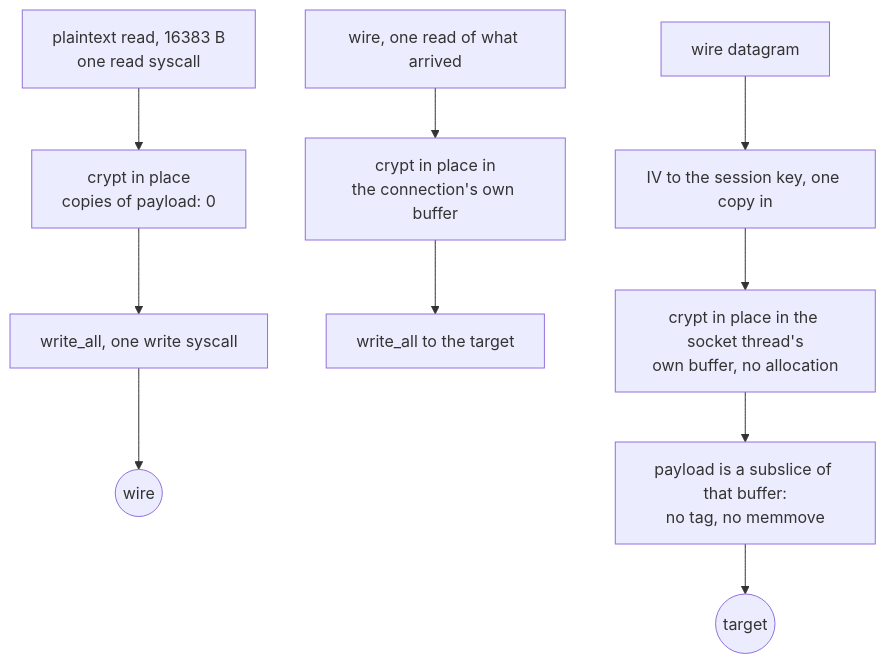
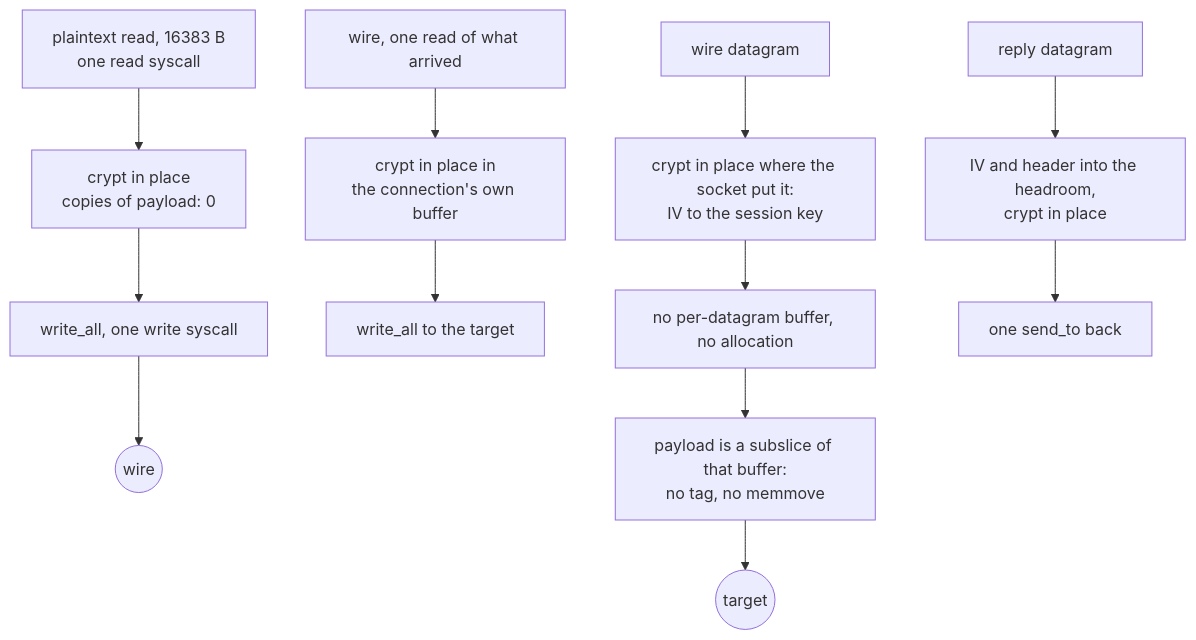
The second of 2 diagrams in docs/function/shadowsocks.md (Ferrocite/ferrox), drawn with Mermaid before and after one commit. The commit also changed other lines of this file and 5 other files, not shown here.

Commit message:
shadowsocks: seal and open datagrams in the caller's buffer, so UDP pays one buffer, no memmove and no zero fill (P3 table A row 7)

````diff
--- a/docs/function/shadowsocks.md
+++ b/docs/function/shadowsocks.md
@@ -52,12 +55,14 @@
 ```mermaid
 graph TD
     A["plaintext read, 16383 B<br/>one read syscall"] --> B["crypt in place<br/>copies of payload: 0"]
     B --> C["write_all, one write syscall"]
     C --> D(("wire"))
     E["wire, one read of what arrived"] --> F["crypt in place in<br/>the connection's own buffer"]
     F --> G["write_all to the target"]
-    H["wire datagram"] --> I["IV to the session key, one copy in"]
-    I --> J["crypt in place in the socket thread's<br/>own buffer, no allocation"]
+    H["wire datagram"] --> I["crypt in place where the socket put it:<br/>IV to the session key"]
+    I --> J["no per-datagram buffer, no allocation"]
     J --> K["payload is a subslice of that buffer:<br/>no tag, no memmove"]
     K --> L(("target"))
+    M["reply datagram"] --> N["IV and header into the headroom,<br/>crypt in place"]
+    N --> O["one send_to back"]
 ```
````
